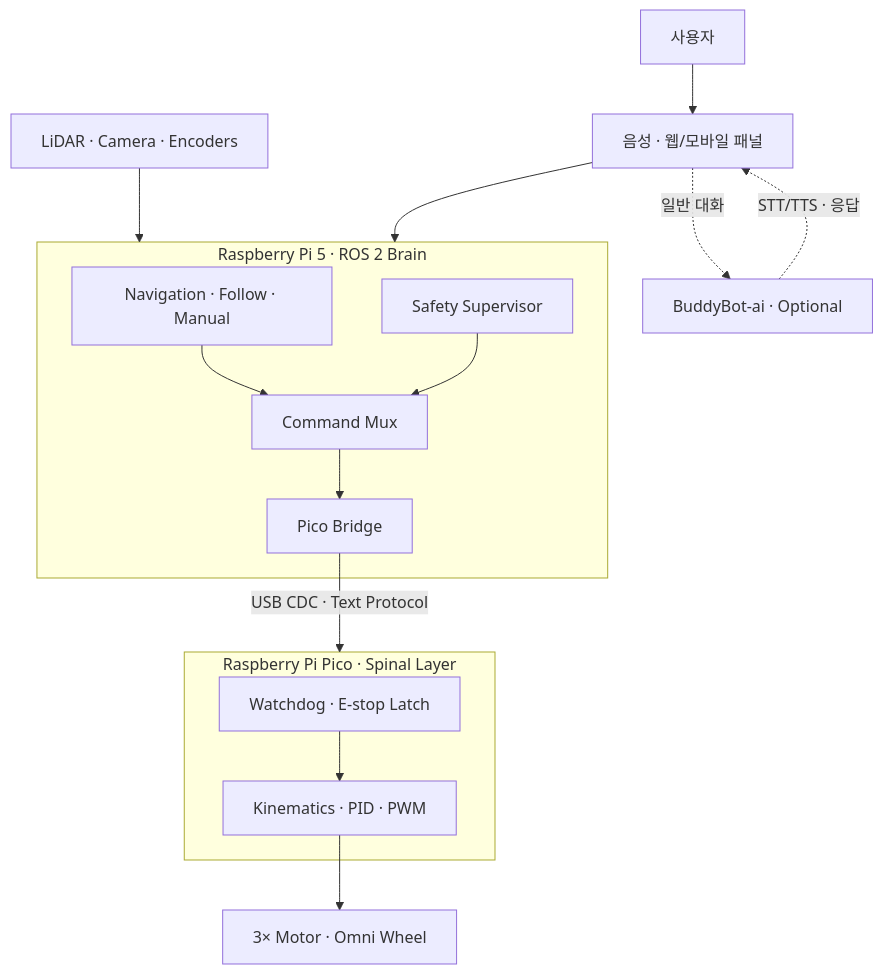
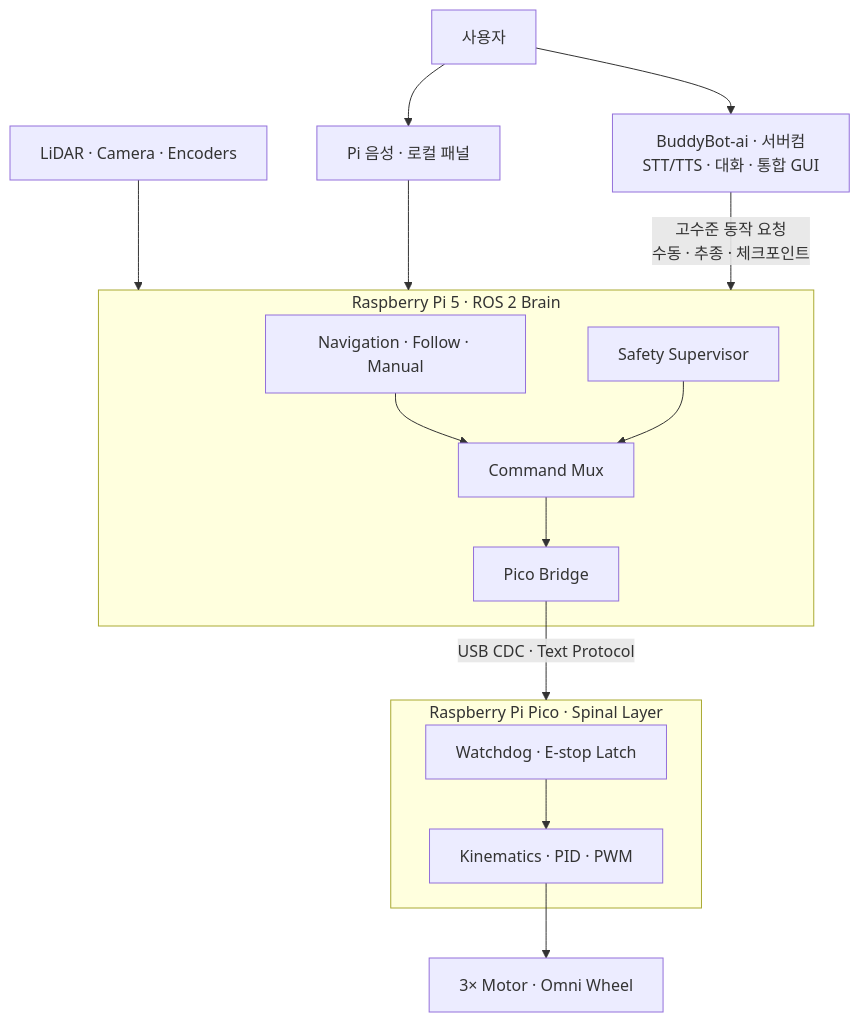
Before and after one commit to rasasoe/BuddyBot: the diagram in README.md, drawn with Mermaid. The commit also changed other lines of this file and 1 other file, not shown here.

Commit message:
Fix hero image and clarify AI control flow

````diff
--- a/README.md
+++ b/README.md
@@ -78,22 +79,22 @@
 ```mermaid
 flowchart TB
-    User["사용자"] --> UI["음성 · 웹/모바일 패널"]
+    User["사용자"] --> LocalUI["Pi 음성 · 로컬 패널"]
+    User --> Server["BuddyBot-ai · 서버컴<br/>STT/TTS · 대화 · 통합 GUI"]
     Sensors["LiDAR · Camera · Encoders"] --> Brain
-    UI --> Brain
+    LocalUI --> Brain
+    Server -->|"고수준 동작 요청<br/>수동 · 추종 · 체크포인트"| Brain
 
     subgraph Brain["Raspberry Pi 5 · ROS 2 Brain"]
         Behaviors["Navigation · Follow · Manual"] --> Mux["Command Mux"]
         Safety["Safety Supervisor"] --> Mux
         Mux --> Bridge["Pico Bridge"]
     end
 
     Bridge -->|"USB CDC · Text Protocol"| Pico
 
     subgraph Pico["Raspberry Pi Pico · Spinal Layer"]
         Guard["Watchdog · E-stop Latch"] --> Control["Kinematics · PID · PWM"]
     end
 
     Control --> Drive["3× Motor · Omni Wheel"]
-    UI -. "일반 대화" .-> Server["BuddyBot-ai · Optional"]
-    Server -. "STT/TTS · 응답" .-> UI
 ```
````
